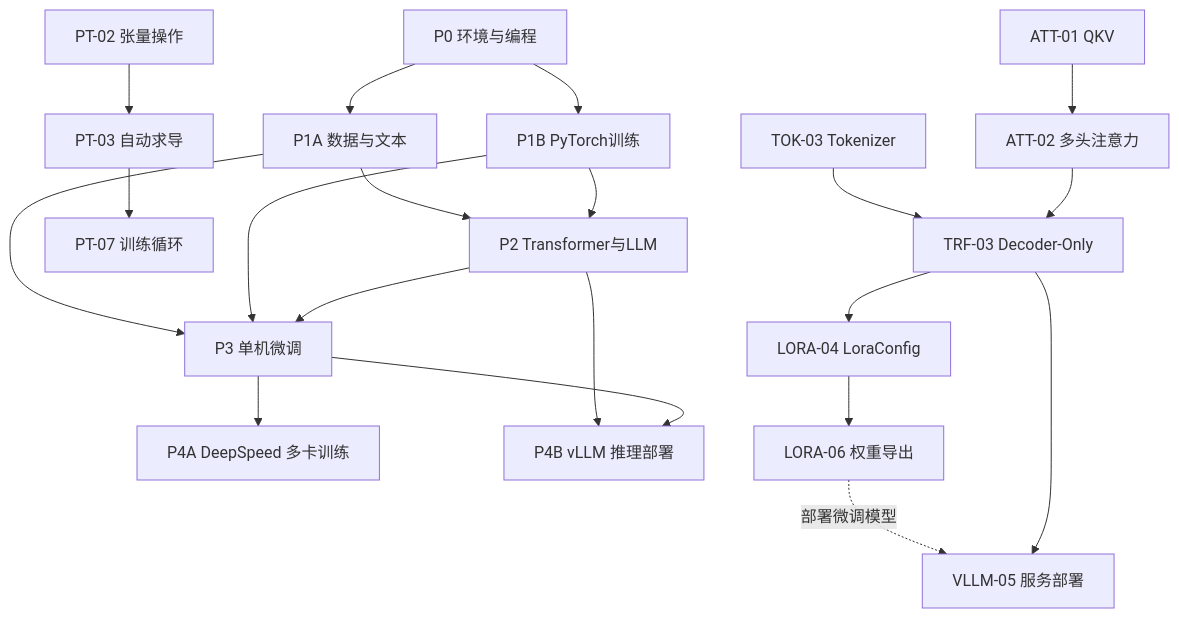
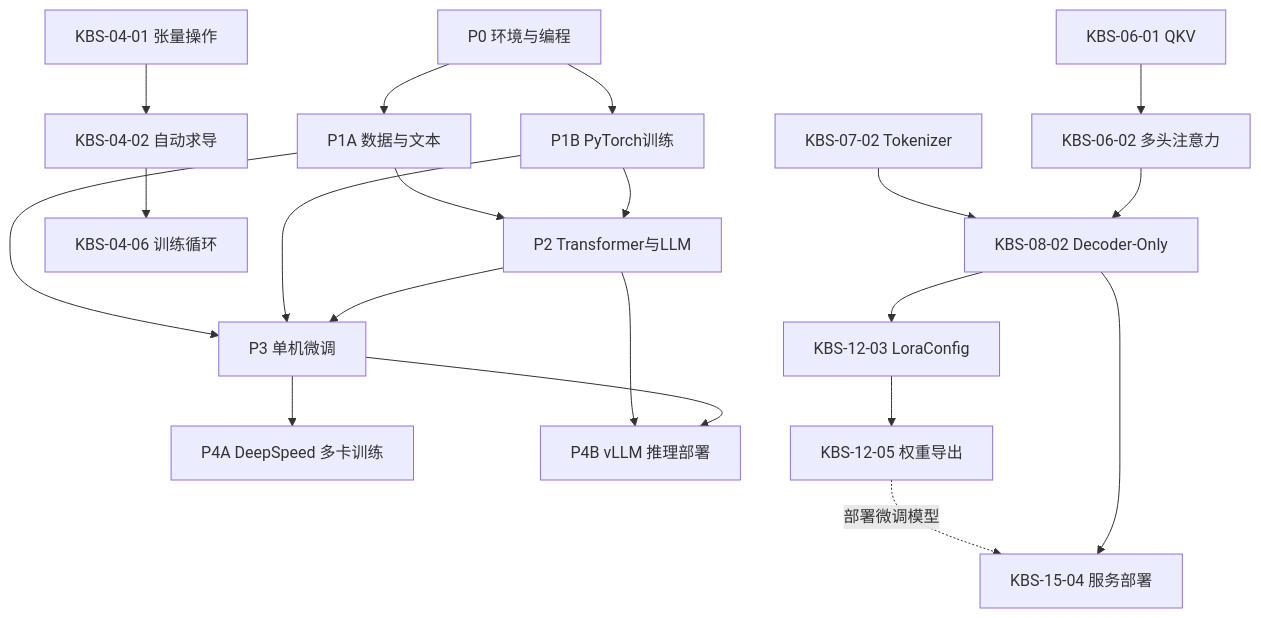
Before and after one commit to 1050908384-collab/ibook: the diagram in docs/大模型学习知识图谱与个性化规划设计-知识点级.md, drawn with Mermaid. The commit also changed other lines of this file and 2 other files, not shown here.

````diff
--- a/docs/大模型学习知识图谱与个性化规划设计-知识点级.md
+++ b/docs/大模型学习知识图谱与个性化规划设计-知识点级.md
@@ -315,23 +371,23 @@
 ```mermaid
 flowchart TD
   P0["P0 环境与编程"] --> P1A["P1A 数据与文本"]
   P0 --> P1B["P1B PyTorch训练"]
   P1A --> P2["P2 Transformer与LLM"]
   P1B --> P2
   P1A --> P3["P3 单机微调"]
   P1B --> P3
   P2 --> P3
   P3 --> P4A["P4A DeepSpeed 多卡训练"]
   P2 --> P4B["P4B vLLM 推理部署"]
   P3 --> P4B
 
-  PT02["PT-02 张量操作"] --> PT03["PT-03 自动求导"]
-  PT03 --> PT07["PT-07 训练循环"]
-  TOK03["TOK-03 Tokenizer"] --> TRF03["TRF-03 Decoder-Only"]
-  ATT01["ATT-01 QKV"] --> ATT02["ATT-02 多头注意力"]
+  PT02["KBS-04-01 张量操作"] --> PT03["KBS-04-02 自动求导"]
+  PT03 --> PT07["KBS-04-06 训练循环"]
+  TOK03["KBS-07-02 Tokenizer"] --> TRF03["KBS-08-02 Decoder-Only"]
+  ATT01["KBS-06-01 QKV"] --> ATT02["KBS-06-02 多头注意力"]
   ATT02 --> TRF03
-  TRF03 --> LORA04["LORA-04 LoraConfig"]
-  LORA04 --> LORA06["LORA-06 权重导出"]
-  LORA06 -. "部署微调模型" .-> VLLM05["VLLM-05 服务部署"]
+  TRF03 --> LORA04["KBS-12-03 LoraConfig"]
+  LORA04 --> LORA06["KBS-12-05 权重导出"]
+  LORA06 -. "部署微调模型" .-> VLLM05["KBS-15-04 服务部署"]
   TRF03 --> VLLM05
 ```
````
